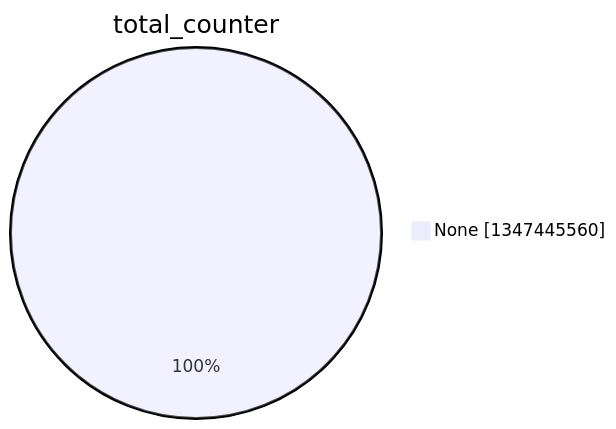
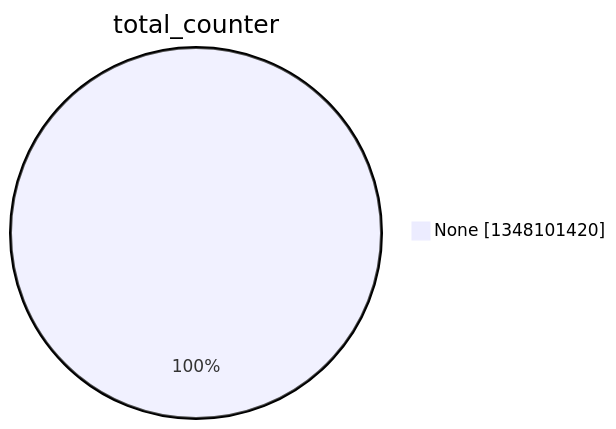
The second of 15 diagrams in argon2022/README.md (christiankrug/ctmonitor_visualization), drawn with Mermaid before and after one commit. The commit also changed other lines of this file, not shown here.

````diff
--- a/argon2022/README.md
+++ b/argon2022/README.md
@@ -9,5 +9,5 @@
 ```mermaid
 pie showData
 title total_counter
-"None" :1347445560
+"None" :1348101420
 ```
````
